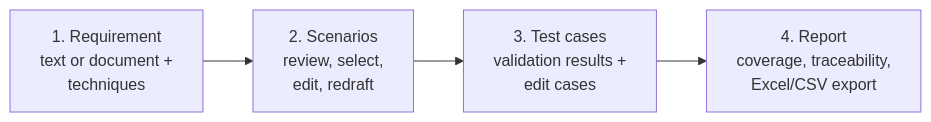
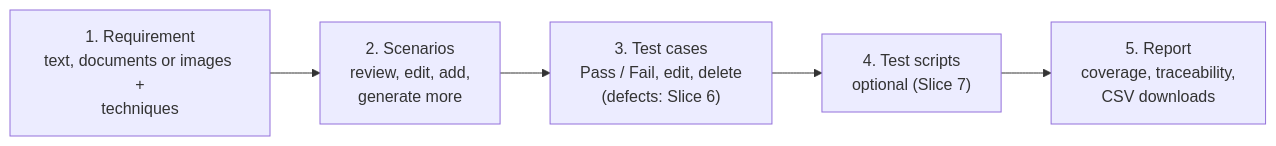
One commit to twentyvanty/AI-test-case-generator changed the third of 3 diagrams in docs/architecture.md. Above: the diagram before and after it, drawn with Mermaid. The commit also changed other lines of this file and 4 other files, not shown here.

````diff
--- a/docs/architecture.md
+++ b/docs/architecture.md
@@ -219,6 +230,7 @@
 ```mermaid
 flowchart LR
-    R["1. Requirement<br/>text or document +<br/>techniques"] --> S["2. Scenarios<br/>review, select,<br/>edit, redraft"]
-    S --> T["3. Test cases<br/>validation results +<br/>edit cases"]
-    T --> P["4. Report<br/>coverage, traceability,<br/>Excel/CSV export"]
+    R["1. Requirement<br/>text, documents or images +<br/>techniques"] --> S["2. Scenarios<br/>review, edit, add,<br/>generate more"]
+    S --> T["3. Test cases<br/>Pass / Fail, edit, delete<br/>(defects: Slice 6)"]
+    T --> X["4. Test scripts<br/>optional (Slice 7)"]
+    X --> P["5. Report<br/>coverage, traceability,<br/>CSV downloads"]
 ```
````
